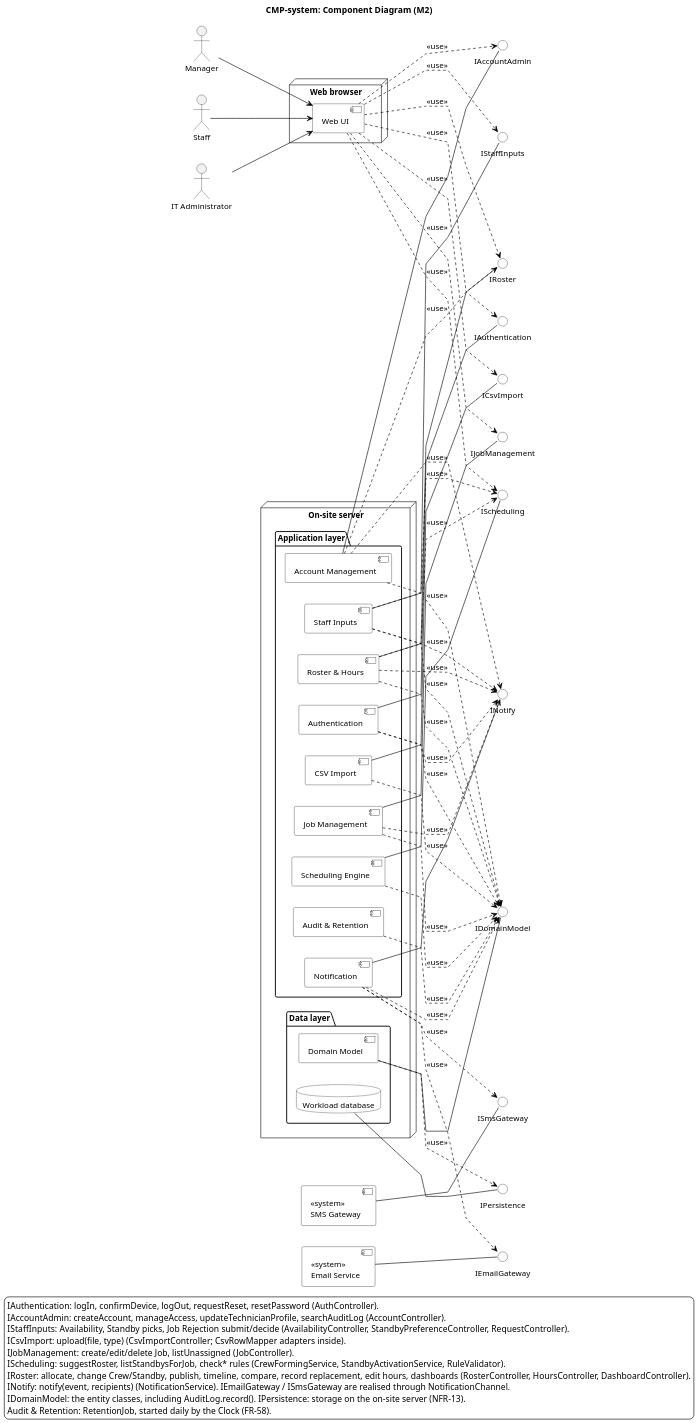
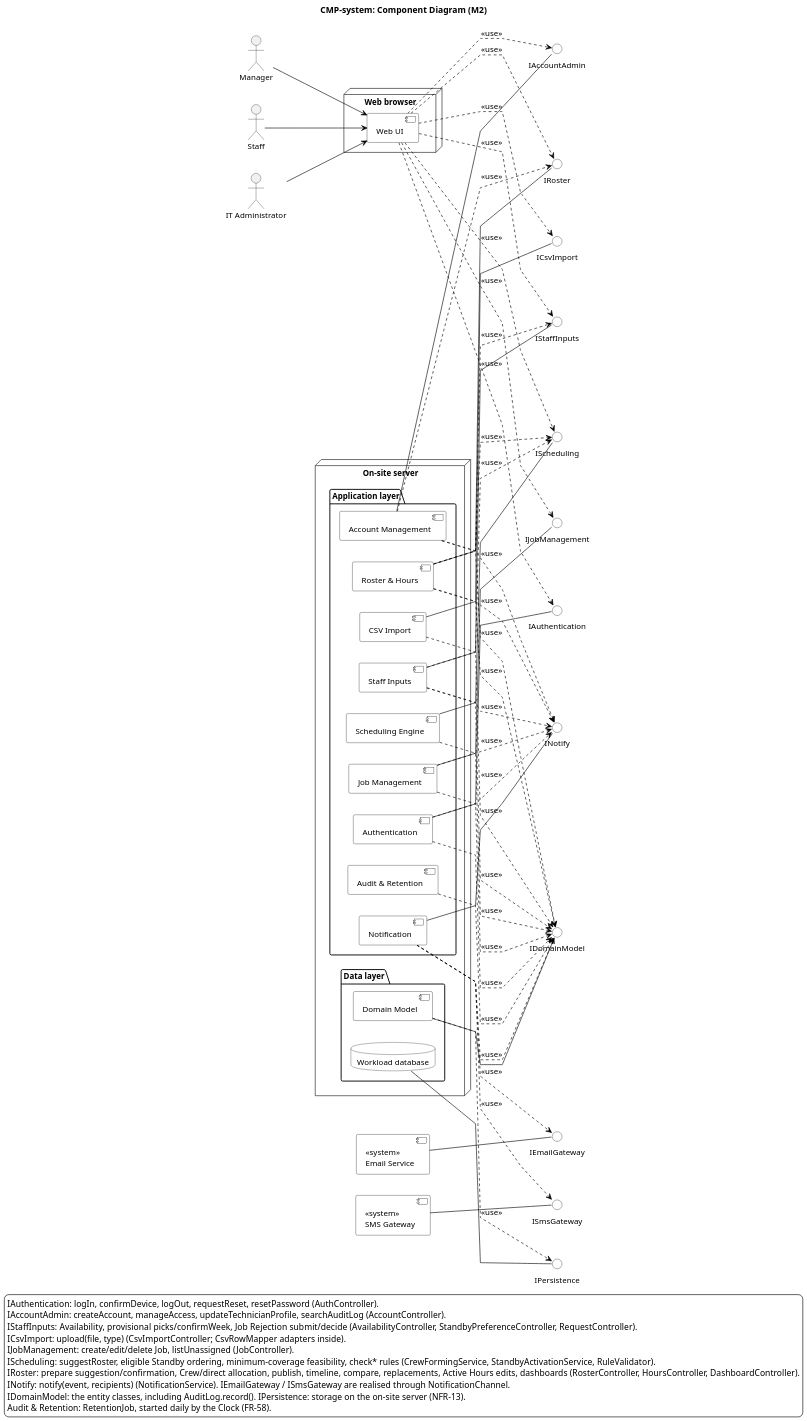
Before and after one commit to ZadeNova/inf2001-SE: the diagram in diagrams/CMP-system.puml, drawn with PlantUML. The commit also changed 31 other files, not shown here.

Commit message:
Clarify M2 standby preferences, hours and duty allocation

```diff
--- a/diagrams/CMP-system.puml
+++ b/diagrams/CMP-system.puml
@@ -1,128 +1,129 @@
 @startuml CMP-system
 skinparam backgroundColor white
 skinparam shadowing false
 skinparam defaultFontName Arial
 skinparam defaultFontSize 13
 skinparam dpi 150
 skinparam componentStyle uml2
 skinparam ArrowColor black
 skinparam componentBackgroundColor white
 skinparam componentBorderColor black
 skinparam interfaceBackgroundColor white
 skinparam interfaceBorderColor black
 skinparam packageBackgroundColor white
 skinparam nodeBackgroundColor white
 skinparam databaseBackgroundColor white
 skinparam linetype polyline
 title CMP-system: Component Diagram (M2)
-' Traces: SRS v4.0; CD-final packages map 1:1 to the components below (DEC-93).
+' Traces: SRS v4.1; CD-final packages map 1:1 to the components below (DEC-93).
 ' Provided interface: component -- ()interface. Required interface: component ..> interface <<use>>.
-' Sources: M2-Brief §6.5; DEC-74; DEC-80; DEC-81; DEC-88; DEC-89; NFR-13.
+' Sources: M2-Brief §6.5; DEC-74; DEC-80; DEC-81; DEC-88; DEC-89; NFR-13; DEC-96 to DEC-98.
 left to right direction
 
 actor Manager
 actor Staff
 actor "IT Administrator" as ITA
 
 node "Web browser" {
  component "Web UI" as WebUI
 }
 
 node "On-site server" {
  package "Application layer" {
   component "Authentication" as Auth
   component "Account Management" as AccMgmt
   component "Staff Inputs" as Inputs
   component "CSV Import" as Csv
   component "Job Management" as Jobs
   component "Scheduling Engine" as Sched
   component "Roster & Hours" as Roster
   component "Notification" as Notif
   component "Audit & Retention" as Audit
  }
  package "Data layer" {
   component "Domain Model" as Domain
   database "Workload database" as DB
  }
 }
 
 component "<<system>>\nEmail Service" as EmailSvc
 component "<<system>>\nSMS Gateway" as SmsSvc
 
 ' ---------- provided interfaces ----------
 () "IAuthentication" as IAuth
 () "IAccountAdmin" as IAcc
 () "IStaffInputs" as IInputs
 () "ICsvImport" as ICsv
 () "IJobManagement" as IJobs
 () "IScheduling" as ISched
 () "IRoster" as IRoster
 () "INotify" as INotify
 () "IDomainModel" as IDomain
 () "IPersistence" as IPersist
 () "IEmailGateway" as IEmail
 () "ISmsGateway" as ISms
 
 Auth -- IAuth
 AccMgmt -- IAcc
 Inputs -- IInputs
 Csv -- ICsv
 Jobs -- IJobs
 Sched -- ISched
 Roster -- IRoster
 Notif -- INotify
 Domain -- IDomain
 DB -- IPersist
 EmailSvc -- IEmail
 SmsSvc -- ISms
 
 ' ---------- users ----------
 Manager --> WebUI
 Staff --> WebUI
 ITA --> WebUI
 
 ' ---------- required interfaces ----------
 WebUI ..> IAuth : <<use>>
 WebUI ..> IAcc : <<use>>
 WebUI ..> IInputs : <<use>>
 WebUI ..> ICsv : <<use>>
 WebUI ..> IJobs : <<use>>
 WebUI ..> IRoster : <<use>>
 WebUI ..> ISched : <<use>>
 
 Roster ..> ISched : <<use>>
+Roster ..> IInputs : <<use>>
 Roster ..> INotify : <<use>>
 Jobs ..> INotify : <<use>>
 Inputs ..> INotify : <<use>>
 Inputs ..> ISched : <<use>>
 AccMgmt ..> INotify : <<use>>
 AccMgmt ..> IRoster : <<use>>
 Auth ..> INotify : <<use>>
 
 Auth ..> IDomain : <<use>>
 AccMgmt ..> IDomain : <<use>>
 Inputs ..> IDomain : <<use>>
 Csv ..> IDomain : <<use>>
 Jobs ..> IDomain : <<use>>
 Sched ..> IDomain : <<use>>
 Roster ..> IDomain : <<use>>
 Notif ..> IDomain : <<use>>
 Audit ..> IDomain : <<use>>
 Domain ..> IPersist : <<use>>
 
 Notif ..> IEmail : <<use>>
 Notif ..> ISms : <<use>>
 
 legend bottom
 IAuthentication: logIn, confirmDevice, logOut, requestReset, resetPassword (AuthController).
 IAccountAdmin: createAccount, manageAccess, updateTechnicianProfile, searchAuditLog (AccountController).
-IStaffInputs: Availability, Standby picks, Job Rejection submit/decide (AvailabilityController, StandbyPreferenceController, RequestController).
+IStaffInputs: Availability, provisional picks/confirmWeek, Job Rejection submit/decide (AvailabilityController, StandbyPreferenceController, RequestController).
 ICsvImport: upload(file, type) (CsvImportController; CsvRowMapper adapters inside).
 IJobManagement: create/edit/delete Job, listUnassigned (JobController).
-IScheduling: suggestRoster, listStandbysForJob, check* rules (CrewFormingService, StandbyActivationService, RuleValidator).
-IRoster: allocate, change Crew/Standby, publish, timeline, compare, record replacement, edit hours, dashboards (RosterController, HoursController, DashboardController).
+IScheduling: suggestRoster, eligible Standby ordering, minimum-coverage feasibility, check* rules (CrewFormingService, StandbyActivationService, RuleValidator).
+IRoster: prepare suggestion/confirmation, Crew/direct allocation, publish, timeline, compare, replacements, Active Hours edits, dashboards (RosterController, HoursController, DashboardController).
 INotify: notify(event, recipients) (NotificationService). IEmailGateway / ISmsGateway are realised through NotificationChannel.
 IDomainModel: the entity classes, including AuditLog.record(). IPersistence: storage on the on-site server (NFR-13).
 Audit & Retention: RetentionJob, started daily by the Clock (FR-58).
 endlegend
 @enduml
```
